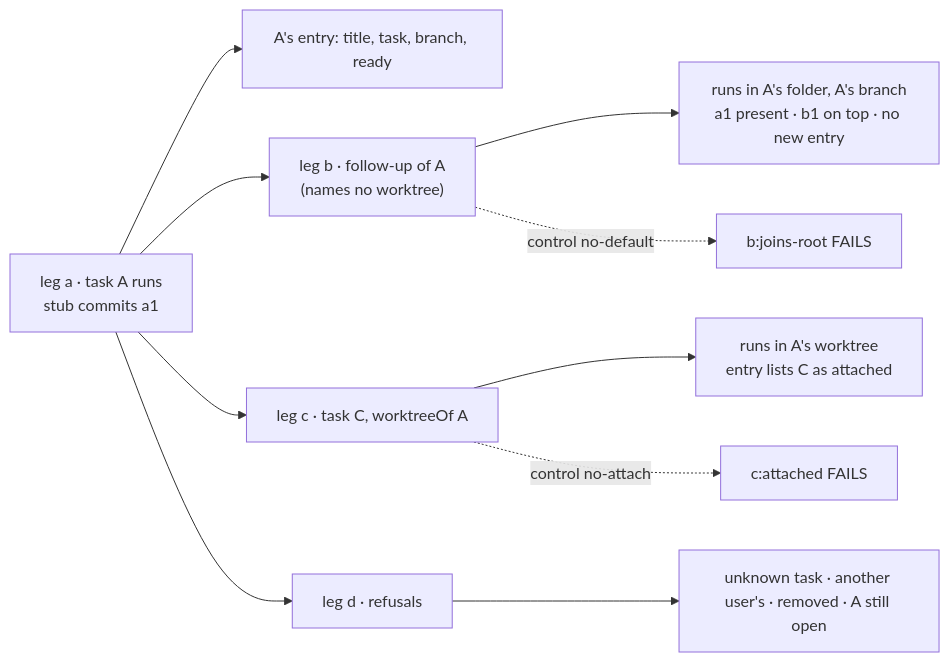
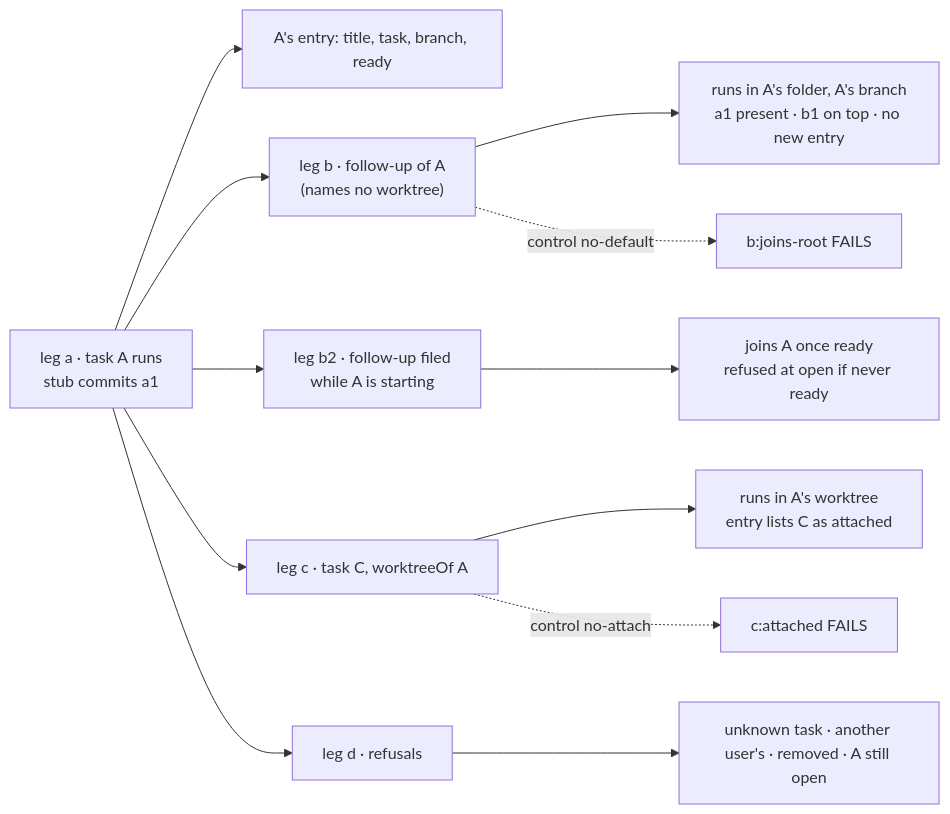
Before and after one commit to fixpoint-labs/flow-state-dev: the first of 2 diagrams in specs/issues/FIX-2659/SPEC.md, drawn with Mermaid. The commit also changed other lines of this file and 1 other file, not shown here.

First line of the commit message:
docs(spec): FIX-2659 verify the pending-root follow-up with goal leg b2

````diff
--- a/specs/issues/FIX-2659/SPEC.md
+++ b/specs/issues/FIX-2659/SPEC.md
@@ -30,12 +30,14 @@
 ```mermaid
 flowchart LR
   A["leg a · task A runs<br/>stub commits a1"] --> A1["A's entry: title, task, branch, ready"]
   A --> B["leg b · follow-up of A<br/>(names no worktree)"]
   B --> B1["runs in A's folder, A's branch<br/>a1 present · b1 on top · no new entry"]
+  A --> B2["leg b2 · follow-up filed<br/>while A is starting"]
+  B2 --> B21["joins A once ready<br/>refused at open if never ready"]
   A --> C["leg c · task C, worktreeOf A"]
   C --> C1["runs in A's worktree<br/>entry lists C as attached"]
   A --> D["leg d · refusals"]
   D --> D1["unknown task · another user's · removed · A still open"]
   B -. "control no-default" .-> X1["b:joins-root FAILS"]
   C -. "control no-attach" .-> X2["c:attached FAILS"]
 ```
````
